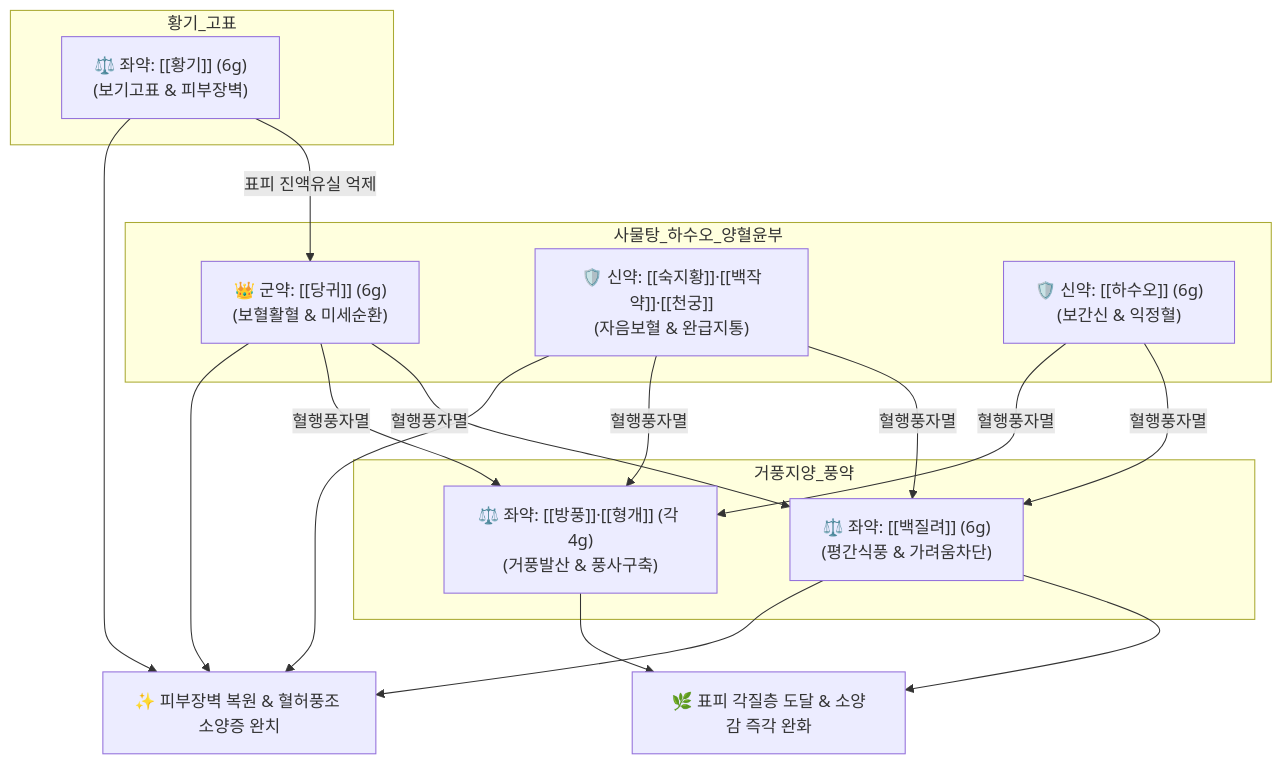
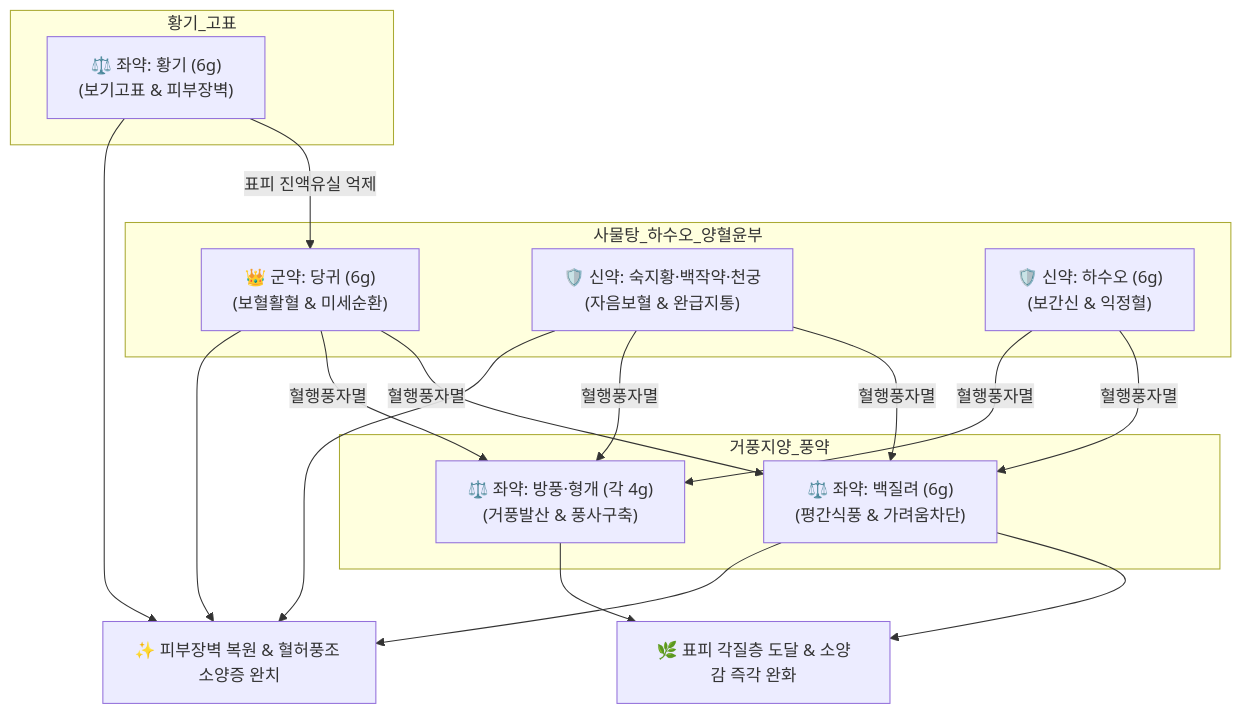
One commit to simbio11/simbio-digital-garden2 changed the diagram in content/2. 약리 공부/처방/02_보익제/당귀음자.md. Above: the diagram before and after it, drawn with Mermaid. The commit also changed other lines of this file and 323 other files, not shown here.

````diff
--- a/content/2. 약리 공부/처방/02_보익제/당귀음자.md
+++ b/content/2. 약리 공부/처방/02_보익제/당귀음자.md
@@ -58,19 +60,19 @@
 ```mermaid
 graph TD
     subgraph 사물탕_하수오_양혈윤부
-        DG["👑 군약: [[당귀]] (6g)<br>(보혈활혈 & 미세순환)"]
-        SJH["🛡️ 신약: [[숙지황]]·[[백작약]]·[[천궁]]<br>(자음보혈 & 완급지통)"]
-        HSO["🛡️ 신약: [[하수오]] (6g)<br>(보간신 & 익정혈)"]
+        DG["👑 군약: 당귀 (6g)<br>(보혈활혈 & 미세순환)"]
+        SJH["🛡️ 신약: 숙지황·백작약·천궁<br>(자음보혈 & 완급지통)"]
+        HSO["🛡️ 신약: 하수오 (6g)<br>(보간신 & 익정혈)"]
     end
     subgraph 황기_고표
-        HG["⚖️ 좌약: [[황기]] (6g)<br>(보기고표 & 피부장벽)"]
+        HG["⚖️ 좌약: 황기 (6g)<br>(보기고표 & 피부장벽)"]
     end
     subgraph 거풍지양_풍약
-        BJL["⚖️ 좌약: [[백질려]] (6g)<br>(평간식풍 & 가려움차단)"]
-        BP_HG["⚖️ 좌약: [[방풍]]·[[형개]] (각 4g)<br>(거풍발산 & 풍사구축)"]
+        BJL["⚖️ 좌약: 백질려 (6g)<br>(평간식풍 & 가려움차단)"]
+        BP_HG["⚖️ 좌약: 방풍·형개 (각 4g)<br>(거풍발산 & 풍사구축)"]
     end
     DG & SJH & HSO -->|혈행풍자멸| BJL & BP_HG
     HG -->|표피 진액유실 억제| DG
     BJL & BP_HG --> Skin["🌿 표피 각질층 도달 & 소양감 즉각 완화"]
     DG & SJH & HG & BJL --> Outcome["✨ 피부장벽 복원 & 혈허풍조 소양증 완치"]
 ```
````
